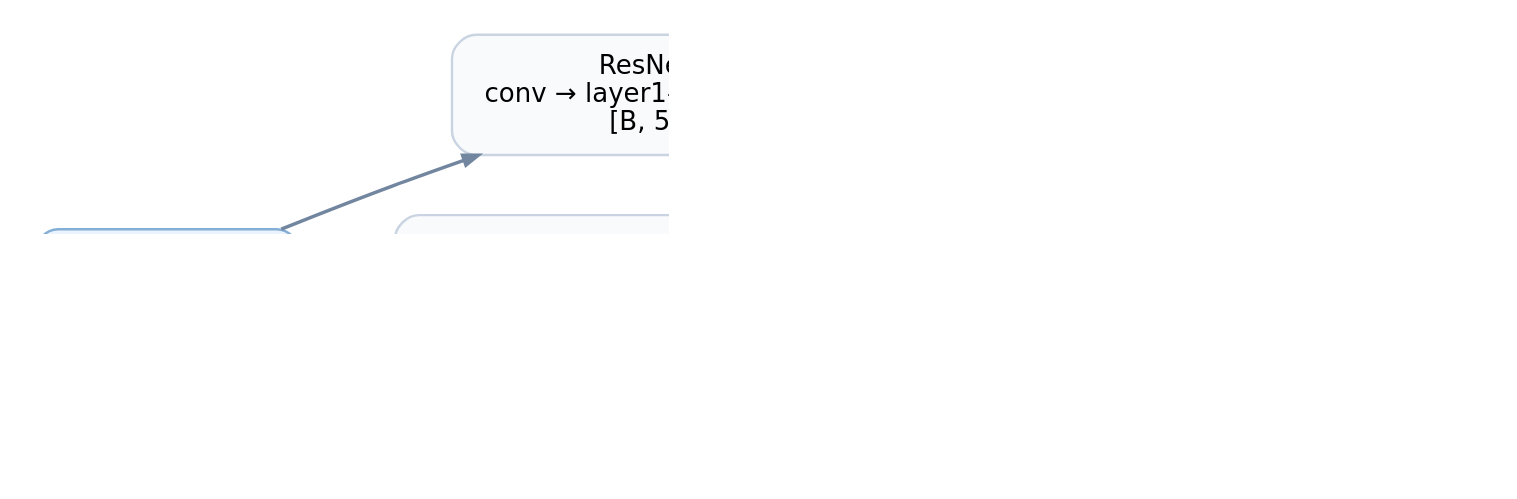
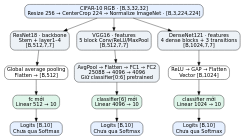
Before and after one commit to Giang-Bui-8426/Team5_DeepLearning: the diagram in LAB2/Docs/assets/model_overview.dot, drawn with Graphviz. The commit also changed 113 other files, not shown here.

```diff
--- a/LAB2/Docs/assets/model_overview.dot
+++ b/LAB2/Docs/assets/model_overview.dot
@@ -1,20 +1,29 @@
 digraph model_overview {
-  graph [rankdir=LR, bgcolor="white", pad="0.22", nodesep="0.42", ranksep="0.65", dpi=170, fontname="DejaVu Sans"];
-  node [shape=box, style="rounded,filled", color="#C9D3E1", fillcolor="#F8FAFC", penwidth=1.2, fontname="DejaVu Sans", fontsize=13, margin="0.20,0.13"];
-  edge [color="#72869F", penwidth=1.7, arrowsize=0.74];
-  input [label="Fashion-MNIST\n[B, 3, 224, 224]", fillcolor="#EAF3FF", color="#84AED4", fontcolor="#193C65"];
-  r [label="ResNet18\nconv → layer1–4 → avgpool\n[B, 512]"];
-  v [label="VGG16\nfeatures → avgpool → classifier[0:6]\n[B, 4096]"];
-  d [label="DenseNet121\nfeatures → GAP\n[B, 1024]"];
-  rh [label="New fc\n512 → 10", fillcolor="#E5F5F0", color="#58A58C"];
-  vh [label="New classifier[6]\n4096 → 10", fillcolor="#E5F5F0", color="#58A58C"];
-  dh [label="New classifier\n1024 → 10", fillcolor="#E5F5F0", color="#58A58C"];
-  ro [label="Logits\n[B, 10]", fillcolor="#E5F5F0", color="#58A58C"];
-  vo [label="Logits\n[B, 10]", fillcolor="#E5F5F0", color="#58A58C"];
-  do [label="Logits\n[B, 10]", fillcolor="#E5F5F0", color="#58A58C"];
-  { rank=same; r;v;d }
-  { rank=same; rh;vh;dh }
-  { rank=same; ro;vo;do }
-  input->r; input->v; input->d;
-  r->rh->ro; v->vh->vo; d->dh->do;
+  rankdir=TB;
+  node [shape=box, style="rounded,filled", fontname="DejaVu Sans"];
+  input [label="CIFAR-10 RGB · [B,3,32,32]\nResize 256 → CenterCrop 224 → Normalize ImageNet · [B,3,224,224]", fillcolor="#E6F0FF"];
+  r0 [label="ResNet18 · backbone\nStem + layer1–4\n[B,512,7,7]", fillcolor="#EDF2F7"];
+  r1 [label="Global average pooling\nFlatten → [B,512]", fillcolor="#FFFFFF"];
+  r2 [label="fc mới\nLinear 512 → 10", fillcolor="#DEF5E9"];
+  r3 [label="Logits [B,10]\nChưa qua Softmax", fillcolor="#E6F0FF"];
+  v0 [label="VGG16 · features\n5 block Conv/ReLU/MaxPool\n[B,512,7,7]", fillcolor="#EDF2F7"];
+  v1 [label="AvgPool → Flatten → FC1 → FC2\n25088 → 4096 → 4096\nGiữ classifier[0:6] pretrained", fillcolor="#EDF2F7"];
+  v2 [label="classifier[6] mới\nLinear 4096 → 10", fillcolor="#DEF5E9"];
+  v3 [label="Logits [B,10]\nChưa qua Softmax", fillcolor="#E6F0FF"];
+  d0 [label="DenseNet121 · features\n4 dense blocks + 3 transitions\n[B,1024,7,7]", fillcolor="#EDF2F7"];
+  d1 [label="ReLU → GAP → Flatten\nVector [B,1024]", fillcolor="#FFFFFF"];
+  d2 [label="classifier mới\nLinear 1024 → 10", fillcolor="#DEF5E9"];
+  d3 [label="Logits [B,10]\nChưa qua Softmax", fillcolor="#E6F0FF"];
+  r0 -> r1;
+  r1 -> r2;
+  r2 -> r3;
+  input -> r0;
+  v0 -> v1;
+  v1 -> v2;
+  v2 -> v3;
+  input -> v0;
+  d0 -> d1;
+  d1 -> d2;
+  d2 -> d3;
+  input -> d0;
 }
```
